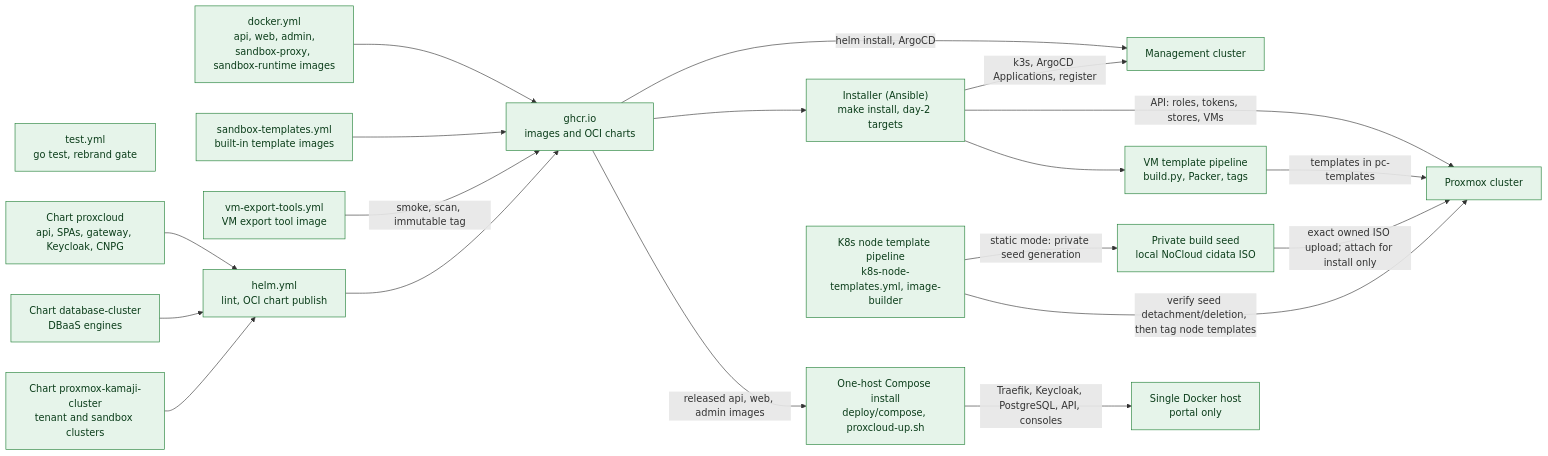
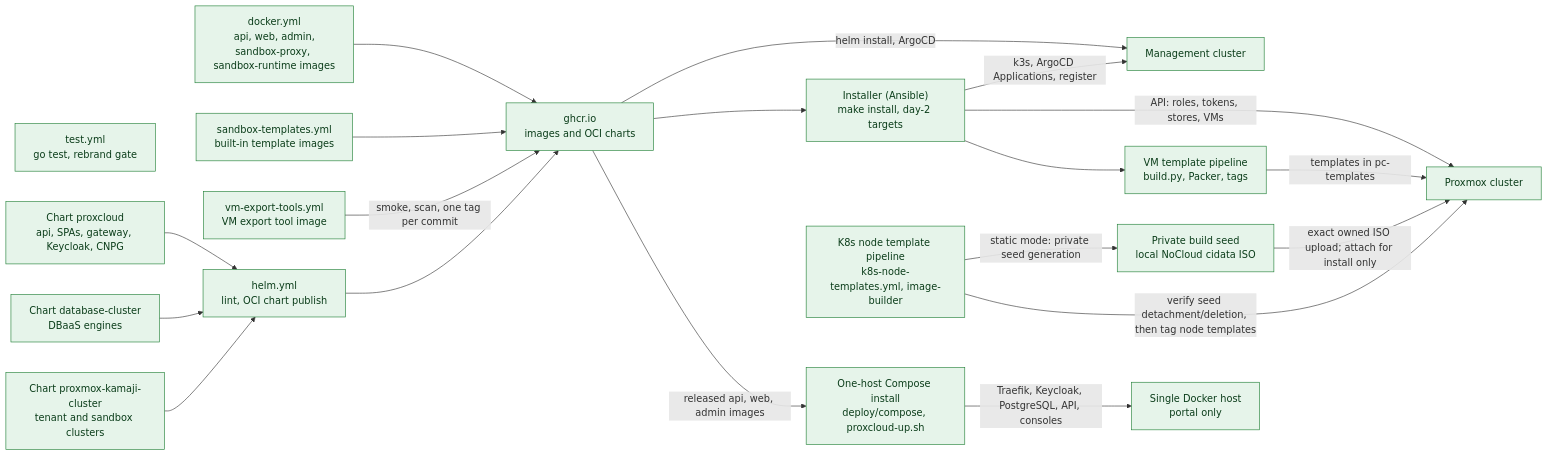
One commit to mutex-solutions/proxcloud changed the third of 3 diagrams in docs/architecture/c4/c2-containers.md. Above: the diagram before and after it, drawn with Mermaid. The commit also changed other lines of this file and 9 other files, not shown here.

````diff
--- a/docs/architecture/c4/c2-containers.md
+++ b/docs/architecture/c4/c2-containers.md
@@ -224,42 +224,42 @@
 ```mermaid
 flowchart LR
   classDef impl fill:#e6f4ea,stroke:#1e7e34,color:#0b3d1a
   classDef planned fill:#f2f2f2,stroke:#8a8a8a,stroke-dasharray:5 5,color:#555555
 
   test["test.yml<br/>go test, rebrand gate"]:::impl
   docker["docker.yml<br/>api, web, admin,<br/>sandbox-proxy, sandbox-runtime images"]:::impl
   sbxt["sandbox-templates.yml<br/>built-in template images"]:::impl
   vmtools["vm-export-tools.yml<br/>VM export tool image"]:::impl
   helm["helm.yml<br/>lint, OCI chart publish"]:::impl
   ghcr["ghcr.io<br/>images and OCI charts"]:::impl
   chart["Chart proxcloud<br/>api, SPAs, gateway, Keycloak, CNPG"]:::impl
   dbchart["Chart database-cluster<br/>DBaaS engines"]:::impl
   k8schart["Chart proxmox-kamaji-cluster<br/>tenant and sandbox clusters"]:::impl
   inst["Installer (Ansible)<br/>make install, day-2 targets"]:::impl
   compose["One-host Compose install<br/>deploy/compose, proxcloud-up.sh"]:::impl
   host["Single Docker host<br/>portal only"]:::impl
   vmt["VM template pipeline<br/>build.py, Packer, tags"]:::impl
   k8st["K8s node template pipeline<br/>k8s-node-templates.yml, image-builder"]:::impl
   k8sseed["Private build seed<br/>local NoCloud cidata ISO"]:::impl
   mgmt["Management cluster"]:::impl
   pve["Proxmox cluster"]:::impl
 
   docker --> ghcr
   sbxt --> ghcr
-  vmtools -->|"smoke, scan, immutable tag"| ghcr
+  vmtools -->|"smoke, scan, one tag per commit"| ghcr
   helm --> ghcr
   chart --> helm
   dbchart --> helm
   k8schart --> helm
   ghcr -->|"helm install, ArgoCD"| mgmt
   ghcr --> inst
   ghcr -->|"released api, web, admin images"| compose
   compose -->|"Traefik, Keycloak, PostgreSQL, API, consoles"| host
   inst -->|"k3s, ArgoCD Applications, register"| mgmt
   inst -->|"API: roles, tokens, stores, VMs"| pve
   inst --> vmt
   vmt -->|"templates in pc-templates"| pve
   k8st -->|"static mode: private seed generation"| k8sseed
   k8sseed -->|"exact owned ISO upload; attach for install only"| pve
   k8st -->|"verify seed detachment/deletion, then tag node templates"| pve
 ```
````
